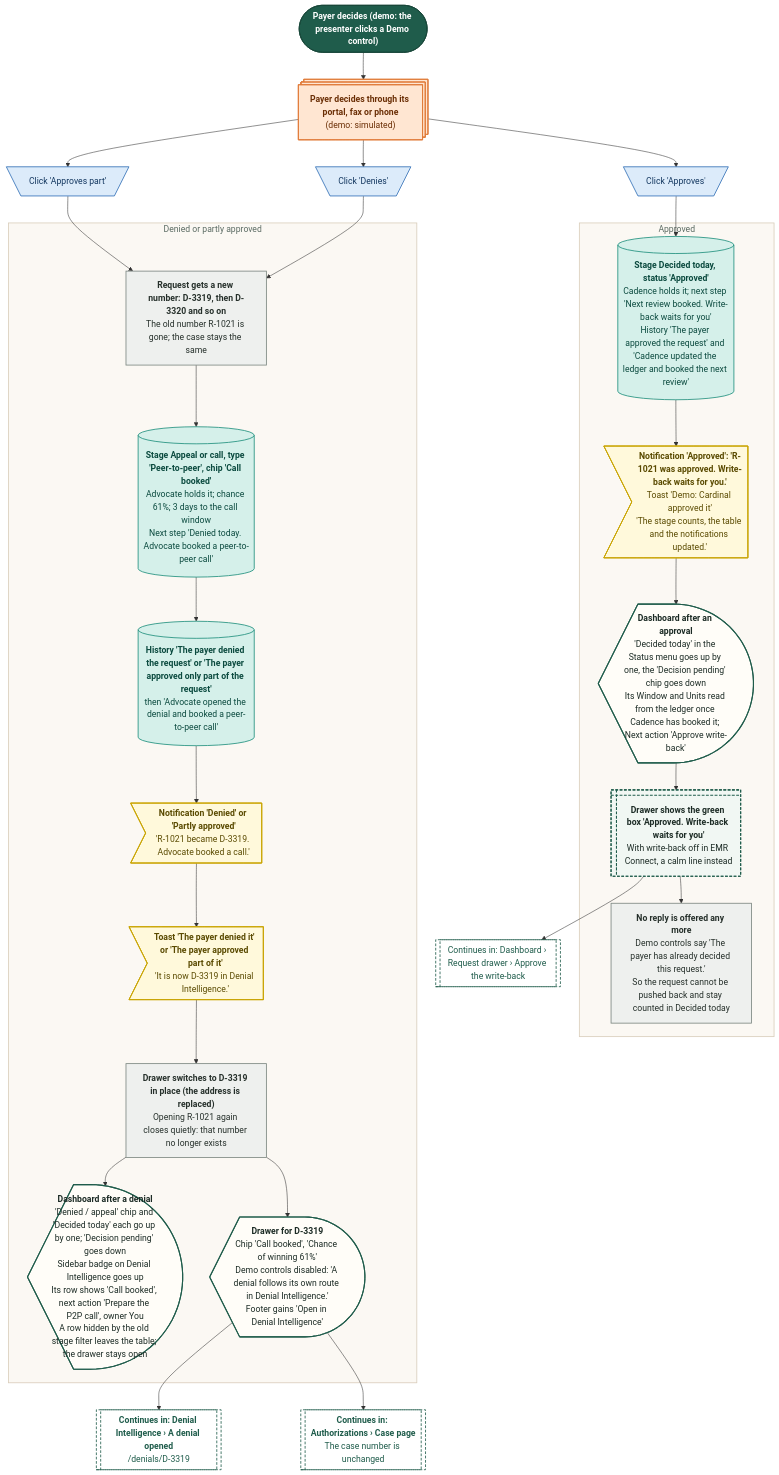
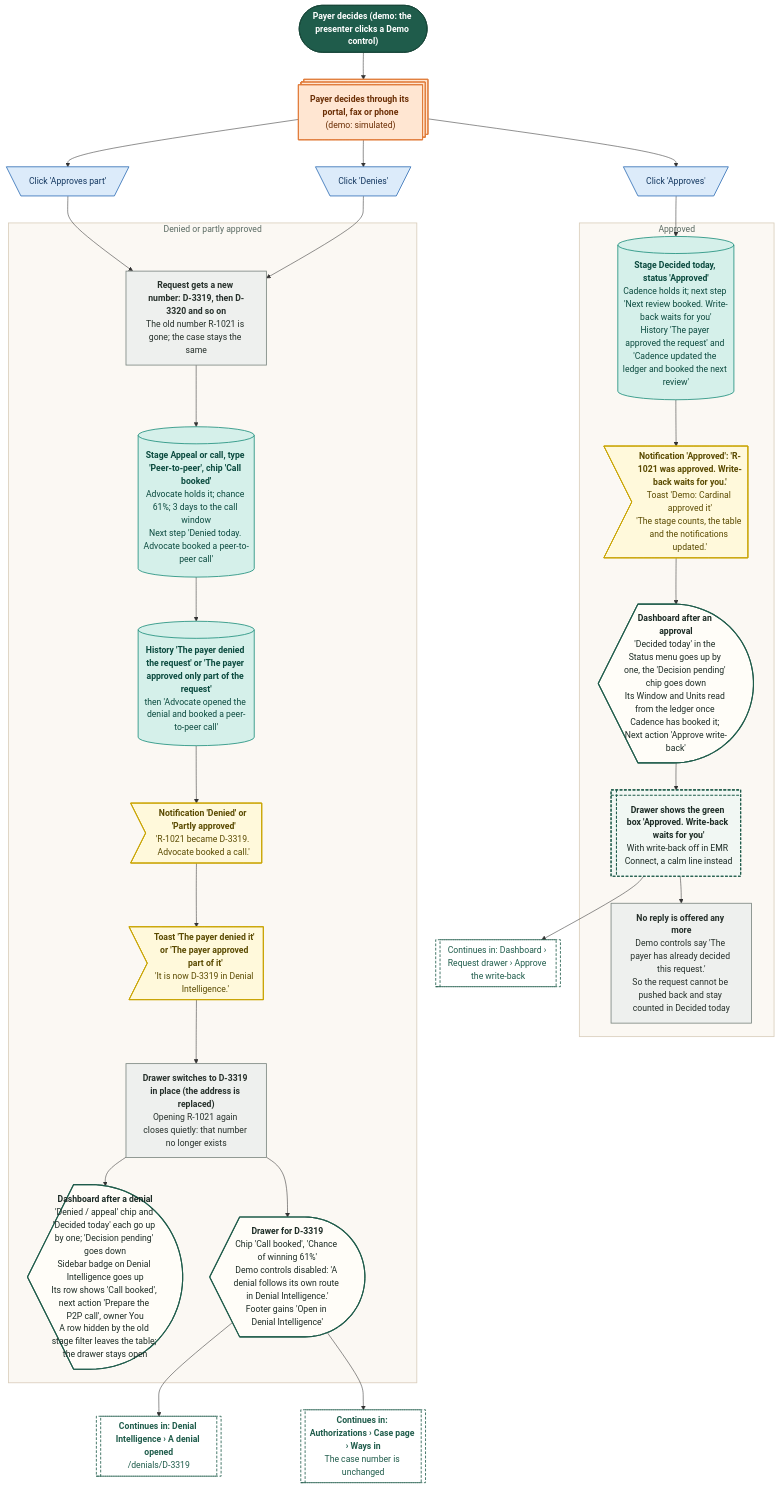
Before and after one commit to Shrav143/psyfloapp: the diagram in demos/prior-auth-demo/workflows/out/mmd/02-dashboard/86-demo-controls-approve-part-or-deny.mmd, drawn with Mermaid. The commit also changed 113 other files, not shown here.

First line of the commit message:
docs: workflow diagrams for the merged Authorizations (worklist, approved, reviews and tracked cases, sidebar arrow), every link retargeted, 336 diagrams

```diff
--- a/demos/prior-auth-demo/workflows/out/mmd/02-dashboard/86-demo-controls-approve-part-or-deny.mmd
+++ b/demos/prior-auth-demo/workflows/out/mmd/02-dashboard/86-demo-controls-approve-part-or-deny.mmd
@@ -1,64 +1,64 @@
 %%{init: {"theme":"base","themeVariables":{"fontFamily":"'DM Sans', 'Segoe UI', system-ui, sans-serif","fontSize":"15px","lineColor":"#5B6B63","primaryTextColor":"#1C2B25","clusterBkg":"#FBF8F3","clusterBorder":"#D9CDBB","edgeLabelBackground":"#FFFFFF"},"flowchart":{"curve":"basis","nodeSpacing":36,"rankSpacing":48,"padding":12,"htmlLabels":true,"useMaxWidth":false,"wrappingWidth":230}} }%%
 flowchart TD
   classDef k_start fill:#1F5C4B,stroke:#174638,color:#FFFFFF,stroke-width:1.5px,font-weight:600
   classDef k_end fill:#DDEFE3,stroke:#2E7D4F,color:#14502F,stroke-width:1.5px,font-weight:600
   classDef k_endx fill:#FBE3E0,stroke:#C0392B,color:#7A1F16,stroke-width:1.5px,font-weight:600
   classDef k_screen fill:#FFFDF8,stroke:#1F5C4B,color:#1C2B25,stroke-width:2px
   classDef k_overlay fill:#F1F7F3,stroke:#1F5C4B,color:#1C2B25,stroke-width:2px,stroke-dasharray:5 3
   classDef k_click fill:#DCEBFA,stroke:#2F6DB5,color:#12365F,stroke-width:1.5px
   classDef k_input fill:#E4E7FF,stroke:#4C5FD5,color:#1D2670,stroke-width:1.5px
   classDef k_process fill:#EEF0EE,stroke:#7A857F,color:#26302B,stroke-width:1.5px
   classDef k_agent fill:#EEE5FA,stroke:#7A4FC2,color:#341A63,stroke-width:1.5px
   classDef k_decision fill:#FFF0CC,stroke:#D9962B,color:#5C3B00,stroke-width:1.5px
   classDef k_store fill:#D5F0EA,stroke:#1C8E7B,color:#0B4A3F,stroke-width:1.5px
   classDef k_doc fill:#F6E9DC,stroke:#B07A4C,color:#4A2E14,stroke-width:1.5px
   classDef k_ext fill:#FFE6D2,stroke:#E07B39,color:#6B2F06,stroke-width:1.5px
   classDef k_wait fill:#E4E8EE,stroke:#6B7C93,color:#26303D,stroke-width:1.5px
   classDef k_toast fill:#FFF9DB,stroke:#C9A400,color:#5A4A00,stroke-width:1.5px
   classDef k_goto fill:#FFFFFF,stroke:#1F5C4B,color:#1F5C4B,stroke-width:1.5px,stroke-dasharray:5 3
   s1@{ shape: stadium, label: "Payer decides (demo: the presenter clicks a Demo control)" }
   x1@{ shape: st-rect, label: "<b>Payer decides through its portal, fax or phone</b><br/>(demo: simulated)" }
   c1@{ shape: trap-t, label: "Click 'Approves'" }
   c2@{ shape: trap-t, label: "Click 'Approves part'" }
   c3@{ shape: trap-t, label: "Click 'Denies'" }
   subgraph gA ["Approved"]
   a1@{ shape: cyl, label: "<b>Stage Decided today, status 'Approved'</b><br/>Cadence holds it; next step 'Next review booked. Write-back waits for you'<br/>History 'The payer approved the request' and 'Cadence updated the ledger and booked the next review'" }
   an@{ shape: odd, label: "<b>Notification 'Approved': 'R-1021 was approved. Write-back waits for you.'</b><br/>Toast 'Demo: Cardinal approved it'<br/>'The stage counts, the table and the notifications updated.'" }
   as@{ shape: curv-trap, label: "<b>Dashboard after an approval</b><br/>'Decided today' in the Status menu goes up by one, the 'Decision pending' chip goes down<br/>Its Window and Units read from the ledger once Cadence has booked it; Next action 'Approve write-back'" }
   ab@{ shape: win-pane, label: "<b>Drawer shows the green box 'Approved. Write-back waits for you'</b><br/>With write-back off in EMR Connect, a calm line instead" }
   qk@{ shape: rect, label: "<b>No reply is offered any more</b><br/>Demo controls say 'The payer has already decided this request.'<br/>So the request cannot be pushed back and stay counted in Decided today" }
   end
   g1@{ shape: subproc, label: "Continues in: Dashboard › Request drawer › Approve the write-back" }
   subgraph gD ["Denied or partly approved"]
   d1@{ shape: rect, label: "<b>Request gets a new number: D-3319, then D-3320 and so on</b><br/>The old number R-1021 is gone; the case stays the same" }
   d2@{ shape: cyl, label: "<b>Stage Appeal or call, type 'Peer-to-peer', chip 'Call booked'</b><br/>Advocate holds it; chance 61%; 3 days to the call window<br/>Next step 'Denied today. Advocate booked a peer-to-peer call'" }
   d3@{ shape: cyl, label: "<b>History 'The payer denied the request' or 'The payer approved only part of the request'</b><br/>then 'Advocate opened the denial and booked a peer-to-peer call'" }
   dn@{ shape: odd, label: "<b>Notification 'Denied' or 'Partly approved'</b><br/>'R-1021 became D-3319. Advocate booked a call.'" }
   dt@{ shape: odd, label: "<b>Toast 'The payer denied it' or 'The payer approved part of it'</b><br/>'It is now D-3319 in Denial Intelligence.'" }
   d4@{ shape: rect, label: "<b>Drawer switches to D-3319 in place (the address is replaced)</b><br/>Opening R-1021 again closes quietly: that number no longer exists" }
   ds@{ shape: curv-trap, label: "<b>Dashboard after a denial</b><br/>'Denied / appeal' chip and 'Decided today' each go up by one; 'Decision pending' goes down<br/>Sidebar badge on Denial Intelligence goes up<br/>Its row shows 'Call booked', next action 'Prepare the P2P call', owner You<br/>A row hidden by the old stage filter leaves the table; the drawer stays open" }
   dd@{ shape: curv-trap, label: "<b>Drawer for D-3319</b><br/>Chip 'Call booked', 'Chance of winning 61%'<br/>Demo controls disabled: 'A denial follows its own route in Denial Intelligence.'<br/>Footer gains 'Open in Denial Intelligence'" }
   end
   g2@{ shape: subproc, label: "<b>Continues in: Denial Intelligence › A denial opened</b><br/>/denials/D-3319" }
-  g3@{ shape: subproc, label: "<b>Continues in: Authorizations › Case page</b><br/>The case number is unchanged" }
+  g3@{ shape: subproc, label: "<b>Continues in: Authorizations › Case page › Ways in</b><br/>The case number is unchanged" }
   s1 --> x1 --> c1 & c2 & c3
   c1 --> a1 --> an --> as --> ab --> g1
   ab --> qk
   c2 --> d1
   c3 --> d1
   d1 --> d2 --> d3 --> dn --> dt --> d4
   d4 --> ds
   d4 --> dd
   dd --> g2
   dd --> g3
   class s1 k_start
   class x1 k_ext
   class c1,c2,c3 k_click
   class a1,d2,d3 k_store
   class an,dn,dt k_toast
   class as,ds,dd k_screen
   class ab k_overlay
   class qk,d1,d4 k_process
   class g1,g2,g3 k_goto
   style gA fill:#FBF8F3,stroke:#D9CDBB,stroke-width:1.5px,color:#5B6B63
   style gD fill:#FBF8F3,stroke:#D9CDBB,stroke-width:1.5px,color:#5B6B63
```
